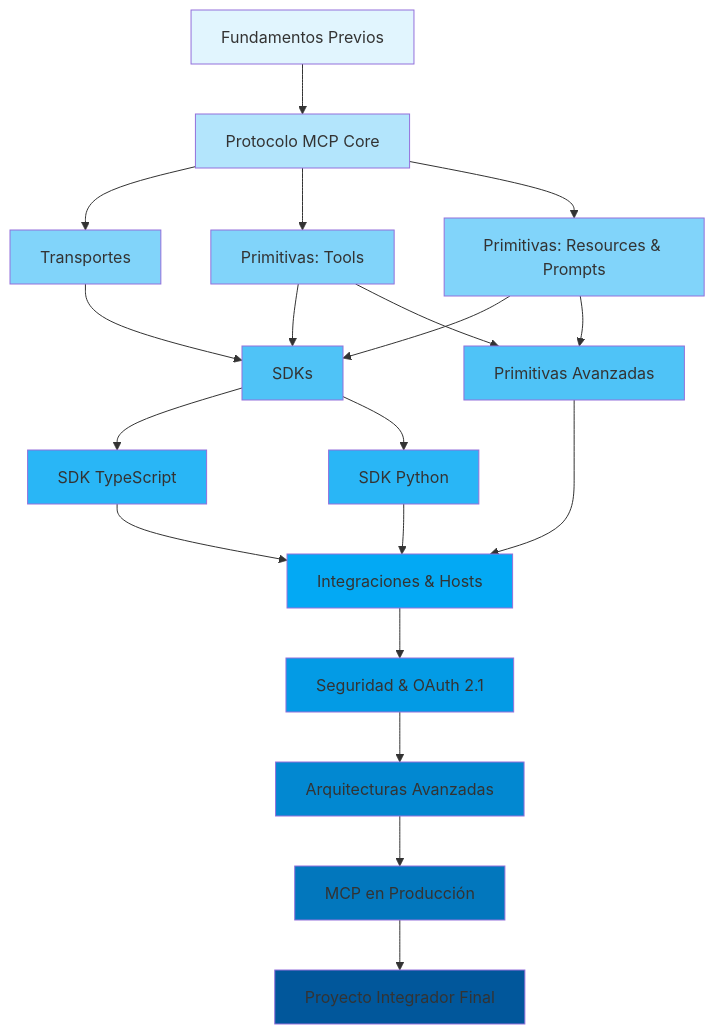
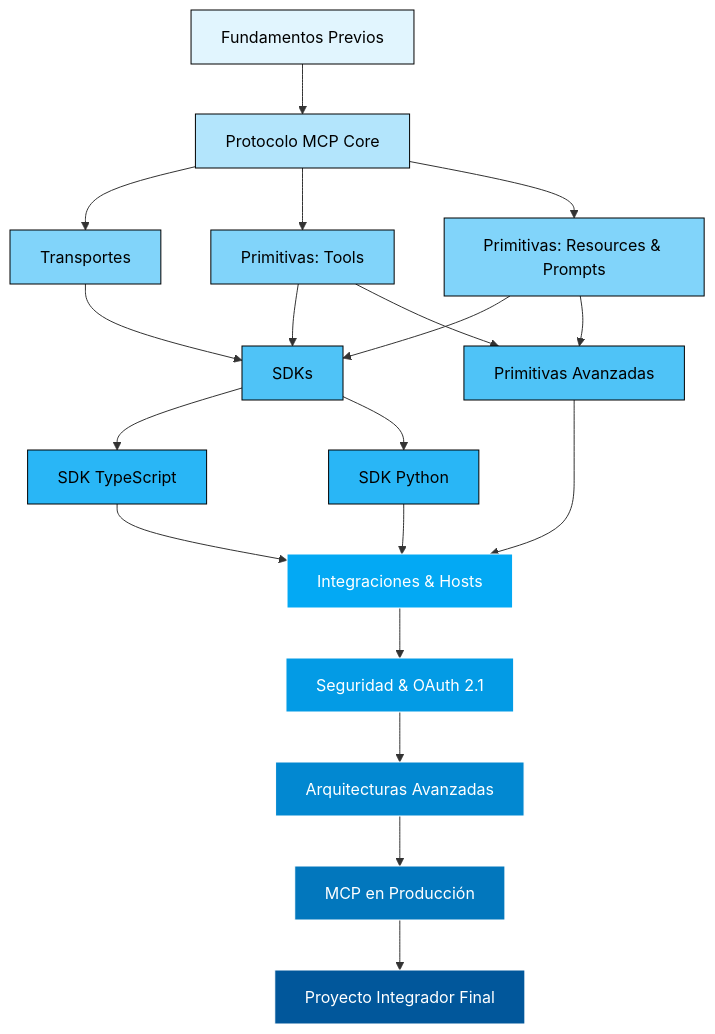
The diagram in plan_curricular.md (andres-olarte396/teach-laoz-curso-mcp), drawn with Mermaid before and after one commit.

Commit message:
style: update diagram node styling with explicit borders and text colors for improved readability

````diff
--- a/plan_curricular.md
+++ b/plan_curricular.md
@@ -17,36 +17,36 @@
 ```mermaid
 graph TD
     A[Fundamentos Previos] --> B[Protocolo MCP Core]
     B --> C[Transportes]
     B --> D[Primitivas: Tools]
     B --> E[Primitivas: Resources & Prompts]
     C --> F[SDKs]
     D --> F
     E --> F
     D --> G[Primitivas Avanzadas]
     E --> G
     F --> H[SDK TypeScript]
     F --> I[SDK Python]
     G --> J[Integraciones & Hosts]
     H --> J
     I --> J
     J --> K[Seguridad & OAuth 2.1]
     K --> L[Arquitecturas Avanzadas]
     L --> M[MCP en Producción]
     M --> N[Proyecto Integrador Final]
 
-    style A fill:#e1f5fe
-    style B fill:#b3e5fc
-    style C fill:#81d4fa
-    style D fill:#81d4fa
-    style E fill:#81d4fa
-    style F fill:#4fc3f7
-    style G fill:#4fc3f7
-    style H fill:#29b6f6
-    style I fill:#29b6f6
-    style J fill:#03a9f4
-    style K fill:#039be5
-    style L fill:#0288d1
-    style M fill:#0277bd
-    style N fill:#01579b
+    style A fill:#e1f5fe, stroke:#000000, color:#000000
+    style B fill:#b3e5fc, stroke:#000000, color:#000000
+    style C fill:#81d4fa, stroke:#000000, color:#000000
+    style D fill:#81d4fa, stroke:#000000, color:#000000
+    style E fill:#81d4fa, stroke:#000000, color:#000000
+    style F fill:#4fc3f7, stroke:#000000, color:#000000
+    style G fill:#4fc3f7, stroke:#000000, color:#000000
+    style H fill:#29b6f6, stroke:#000000, color:#000000
+    style I fill:#29b6f6, stroke:#000000, color:#000000
+    style J fill:#03a9f4, stroke:#ffffff, color:#ffffff
+    style K fill:#039be5, stroke:#ffffff, color:#ffffff
+    style L fill:#0288d1, stroke:#ffffff, color:#ffffff
+    style M fill:#0277bd, stroke:#ffffff, color:#ffffff
+    style N fill:#01579b, stroke:#ffffff, color:#ffffff
 ```
````
